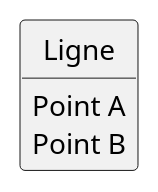
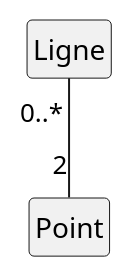
Before and after one commit to IUT-Blagnac/bcoo-Andji-Ali: the diagram in TD0.5.2.plantuml, drawn with PlantUML.

Commit message:
Fix 0.5.2 : Ajout diagramme de classe ligne

```diff
--- a/TD0.5.2.plantuml
+++ b/TD0.5.2.plantuml
@@ -1,14 +1,17 @@
 @startuml Titre
 '--------------------------------
 ' Parametres pour le dessin
 '--------------------------------
 hide circle
 hide empty members
 hide empty methods
 '--------------------------------
+class Point{
+}
 
 class Ligne{
-Point A
-Point B
 }
+
+Ligne "0..*" -- "2" Point
+
 @enduml
```
